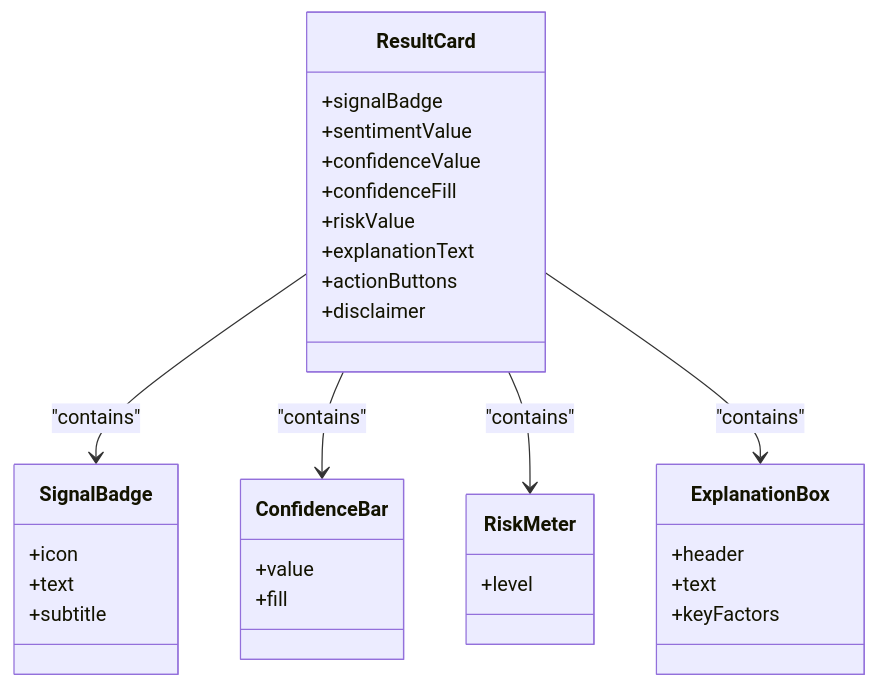
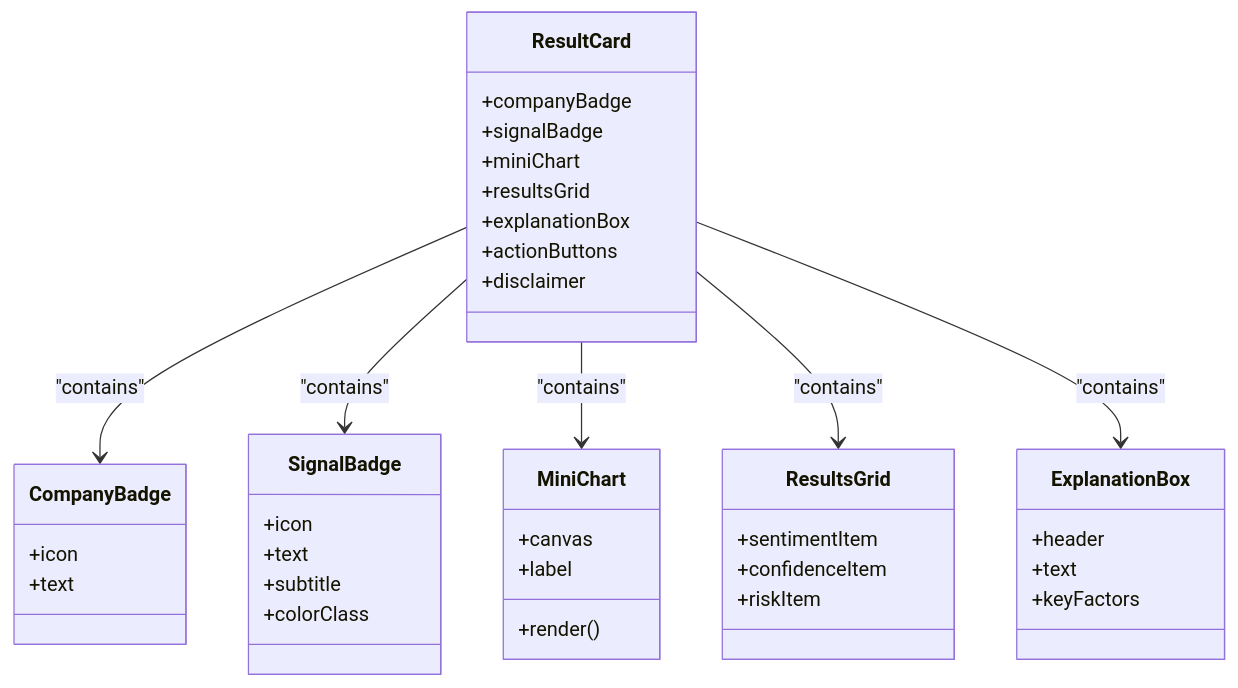
Before and after one commit to ayushtiwari1526/TheReinforcers_AyushTiwari: the sixth of 10 diagrams in .qoder/repowiki/en/content/User Interface Components.md, drawn with Mermaid. The commit also changed other lines of this file and 21 other files, not shown here.

````diff
--- a/.qoder/repowiki/en/content/User Interface Components.md
+++ b/.qoder/repowiki/en/content/User Interface Components.md
@@ -222,34 +262,42 @@
 ```mermaid
 classDiagram
 class ResultCard {
++companyBadge
 +signalBadge
-+sentimentValue
-+confidenceValue
-+confidenceFill
-+riskValue
-+explanationText
++miniChart
++resultsGrid
++explanationBox
 +actionButtons
 +disclaimer
+}
+class CompanyBadge {
++icon
++text
 }
 class SignalBadge {
 +icon
 +text
 +subtitle
++colorClass
 }
-class ConfidenceBar {
-+value
-+fill
+class MiniChart {
++canvas
++label
++render()
 }
-class RiskMeter {
-+level
+class ResultsGrid {
++sentimentItem
++confidenceItem
++riskItem
 }
 class ExplanationBox {
 +header
 +text
 +keyFactors
 }
+ResultCard --> CompanyBadge : "contains"
 ResultCard --> SignalBadge : "contains"
-ResultCard --> ConfidenceBar : "contains"
-ResultCard --> RiskMeter : "contains"
+ResultCard --> MiniChart : "contains"
+ResultCard --> ResultsGrid : "contains"
 ResultCard --> ExplanationBox : "contains"
 ```
````
